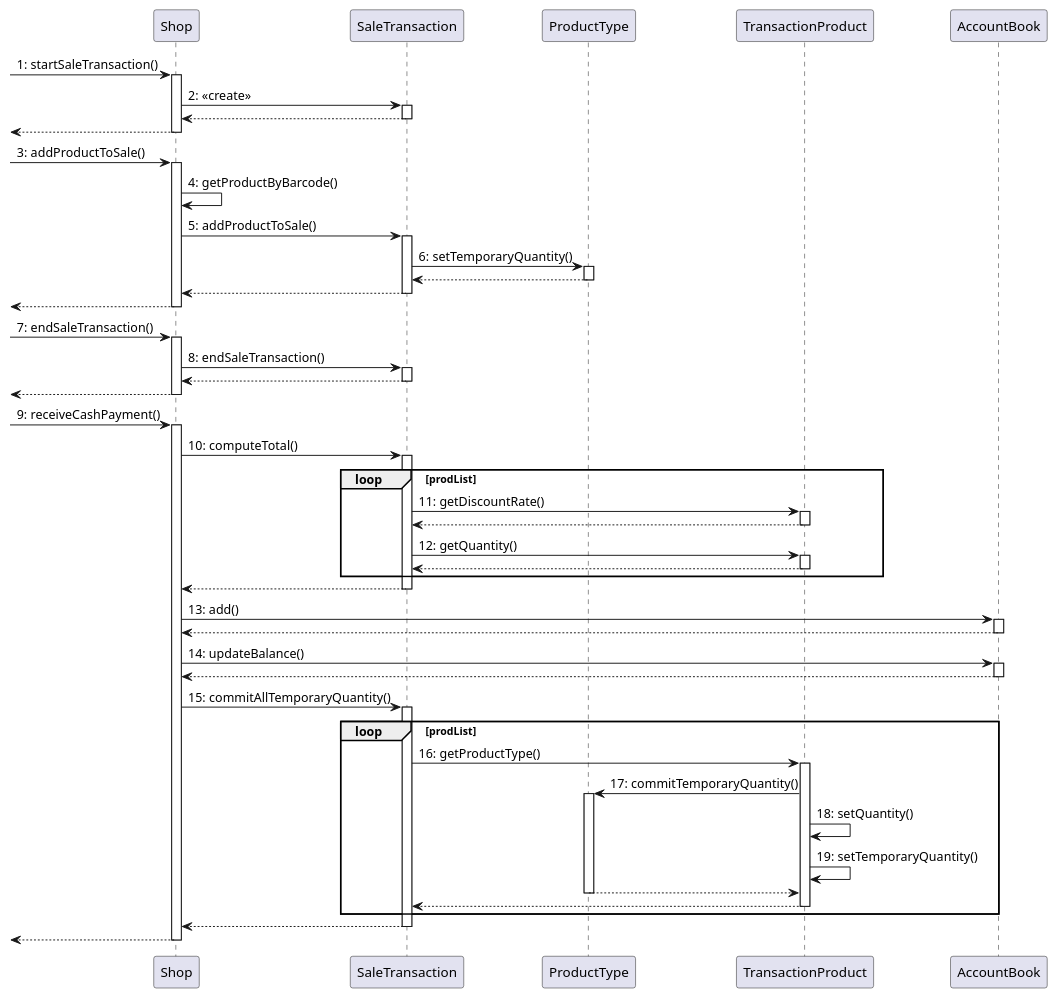
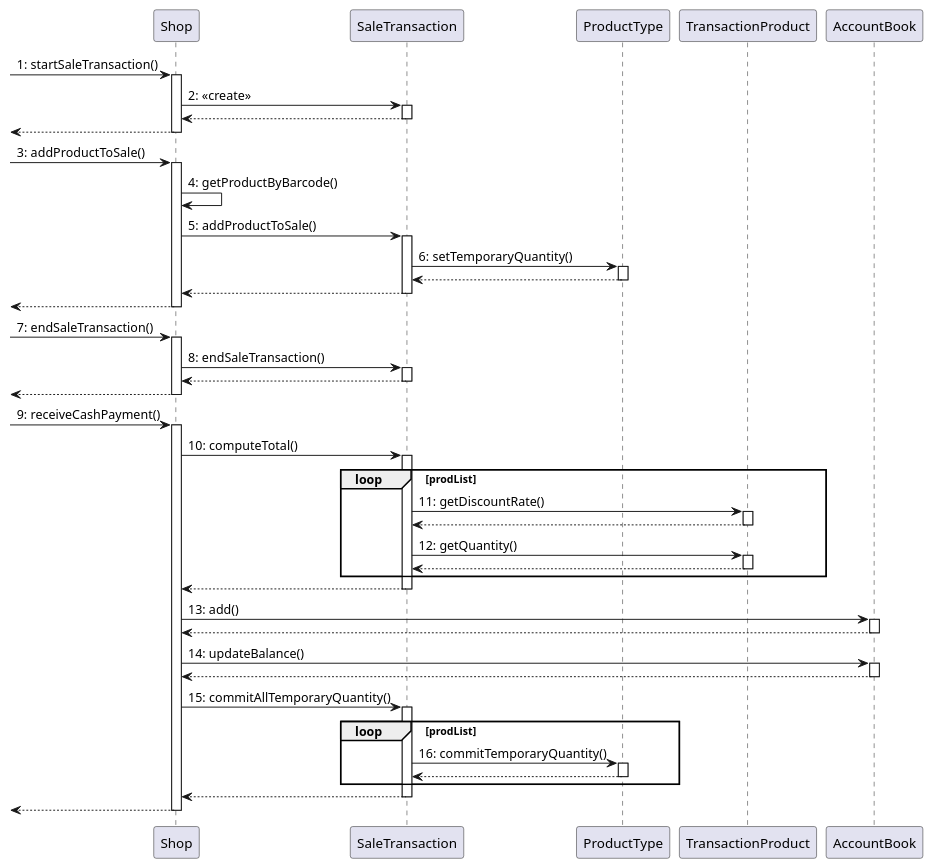
The fifth of 6 diagrams in Deliverables/DesignDocument.md (MatteoBattilana/EzShop), drawn with PlantUML before and after one commit. The commit also changed other lines of this file, not shown here.

Commit message:
docs: added return scenario 6.1 and 8.1

````diff
--- a/Deliverables/DesignDocument.md
+++ b/Deliverables/DesignDocument.md
@@ -364,68 +365,63 @@
 ```plantuml
 @startuml
   ->Shop: 1: startSaleTransaction()
   activate Shop
     Shop -> SaleTransaction: 2: <<create>>
     activate SaleTransaction
     return
   return
 
   ->Shop: 3: addProductToSale()
   activate Shop
     Shop -> Shop: 4: getProductByBarcode()
     Shop -> SaleTransaction: 5: addProductToSale()
     activate SaleTransaction
       SaleTransaction -> ProductType: 6: setTemporaryQuantity()
       activate ProductType
       return
     return
 return
 
 -> Shop: 7: endSaleTransaction()
 activate Shop
   Shop -> SaleTransaction: 8: endSaleTransaction()
   activate SaleTransaction
   return
 return
 
 -> Shop: 9: receiveCashPayment()
 activate Shop
   Shop -> SaleTransaction: 10: computeTotal()
   activate SaleTransaction
       loop prodList
           SaleTransaction -> TransactionProduct: 11: getDiscountRate()
           activate TransactionProduct
           return
           SaleTransaction -> TransactionProduct: 12: getQuantity()
           activate TransactionProduct
           return
       end
   return
   Shop -> AccountBook: 13: add()
   activate AccountBook
   return
 
 
 Shop -> AccountBook: 14: updateBalance()
 activate AccountBook
 return
 
   Shop -> SaleTransaction: 15: commitAllTemporaryQuantity()
   activate SaleTransaction
 
     loop prodList
-    SaleTransaction -> TransactionProduct: 16: getProductType()
-    activate TransactionProduct
-      TransactionProduct -> ProductType: 17: commitTemporaryQuantity()
-      activate ProductType
-      TransactionProduct -> TransactionProduct: 18: setQuantity()
-      TransactionProduct -> TransactionProduct: 19: setTemporaryQuantity()
+    SaleTransaction -> ProductType: 16: commitTemporaryQuantity()
+    activate ProductType
+    return
 
-      return
-    return
     end
   return
 
 return
 @enduml
 ```
````
